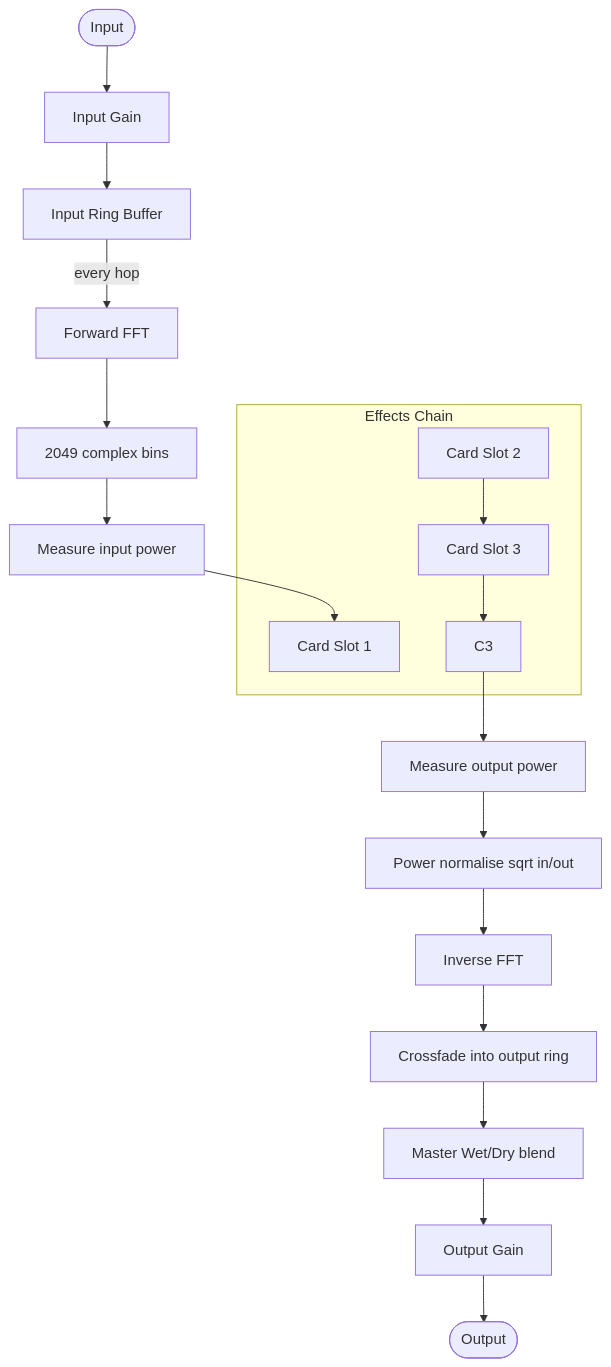
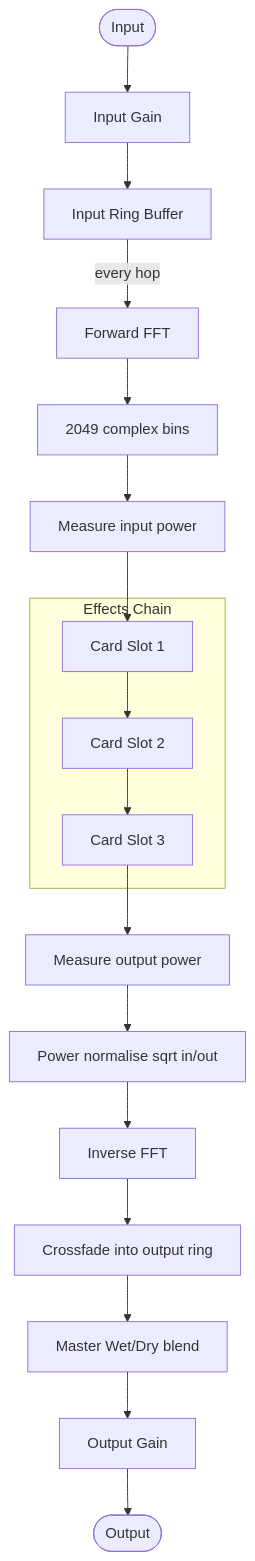
One commit to cloph-dsp/CognitoniBlkFx changed the diagram in README.md. Above: the diagram before and after it, drawn with Mermaid.

Commit message:
fix: readme signalflow diagram

````diff
--- a/README.md
+++ b/README.md
@@ -30,24 +30,24 @@
 ```mermaid
 flowchart TD
     IN([Input]) --> IGAIN[Input Gain]
     IGAIN --> IBUF[Input Ring Buffer]
     IBUF -->|every hop| FFT[Forward FFT]
     FFT --> BINS[2049 complex bins]
     BINS --> IPWR[Measure input power]
-    IPWR --> C0
+    IPWR --> C1
 
     subgraph FX [Effects Chain]
-        C0[Card Slot 1]
-        C1[Card Slot 2]
-        C2[Card Slot 3]    
+        C1[Card Slot 1]
+        C2[Card Slot 2]
+        C3[Card Slot 3]    
         C1 --> C2 --> C3
     end
 
     C3 --> OPWR[Measure output power]
     OPWR --> NORM[Power normalise sqrt in/out]
     NORM --> IFFT[Inverse FFT]
     IFFT --> XFADE[Crossfade into output ring]
     XFADE --> MIX[Master Wet/Dry blend]
     MIX --> OGAIN[Output Gain]
     OGAIN --> OUT([Output])
 ```
````
